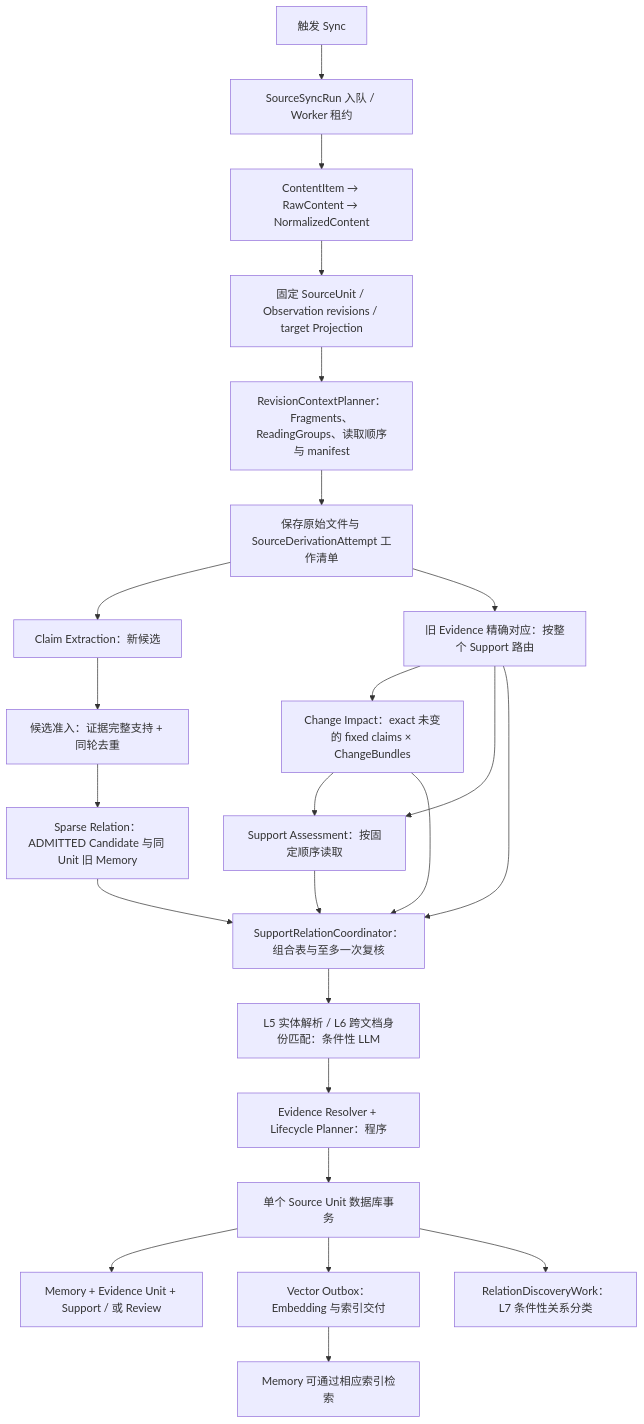
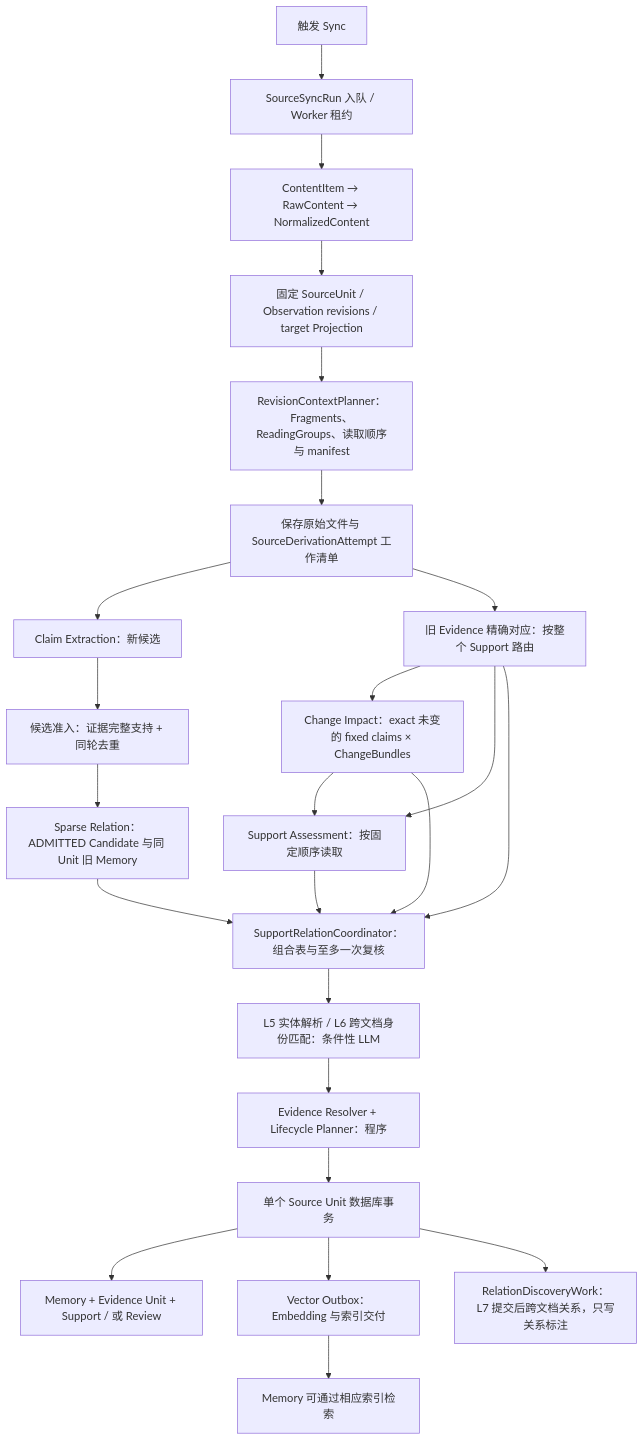
The second of 2 diagrams in docs/design/source-sync-to-memory.md (shno-labs/mem-forge), drawn with Mermaid before and after one commit. The commit also changed other lines of this file and 10 other files, not shown here.

````diff
--- a/docs/design/source-sync-to-memory.md
+++ b/docs/design/source-sync-to-memory.md
@@ -480,26 +480,26 @@
 ```mermaid
 flowchart TD
     A[触发 Sync] --> B[SourceSyncRun 入队 / Worker 租约]
     B --> C[ContentItem → RawContent → NormalizedContent]
     C --> D[固定 SourceUnit / Observation revisions / target Projection]
     D --> F[RevisionContextPlanner：Fragments、ReadingGroups、读取顺序与 manifest]
     F --> E[保存原始文件与 SourceDerivationAttempt 工作清单]
     E --> G[Claim Extraction：新候选]
     G --> H[候选准入：证据完整支持 + 同轮去重]
     H --> J[Sparse Relation：ADMITTED Candidate 与同 Unit 旧 Memory]
     E --> S[旧 Evidence 精确对应：按整个 Support 路由]
     S --> X[Change Impact：exact 未变的 fixed claims × ChangeBundles]
     S --> I[Support Assessment：按固定顺序读取]
     X --> I
     X --> K[SupportRelationCoordinator：组合表与至多一次复核]
     S --> K
     I --> K
     J --> K
     K --> L[L5 实体解析 / L6 跨文档身份匹配：条件性 LLM]
     L --> M[Evidence Resolver + Lifecycle Planner：程序]
     M --> N[单个 Source Unit 数据库事务]
     N --> O[Memory + Evidence Unit + Support / 或 Review]
     N --> P[Vector Outbox：Embedding 与索引交付]
-    N --> Q[RelationDiscoveryWork：L7 条件性关系分类]
+    N --> Q[RelationDiscoveryWork：L7 提交后跨文档关系，只写关系标注]
     P --> R[Memory 可通过相应索引检索]
 ```
````
